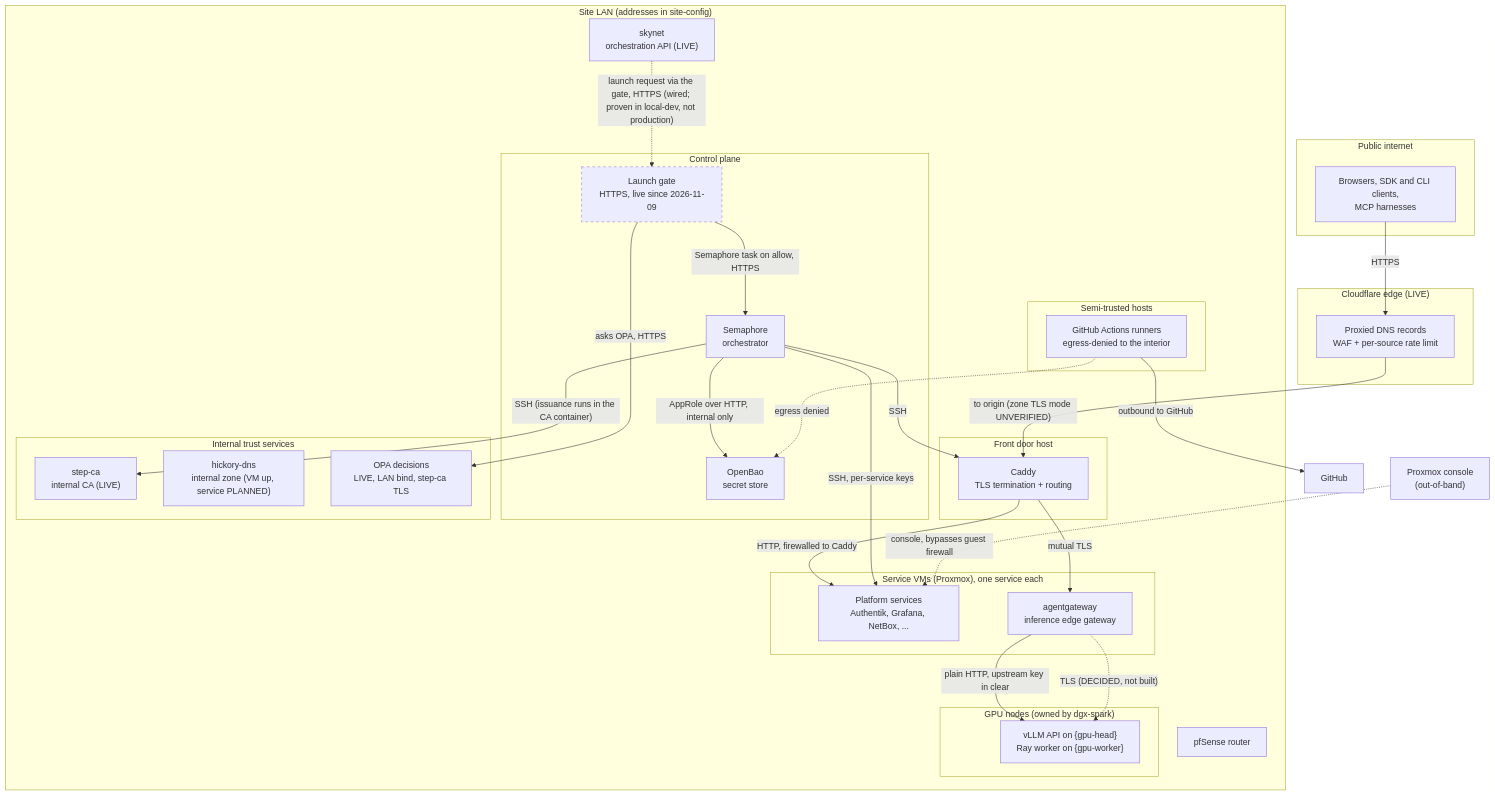
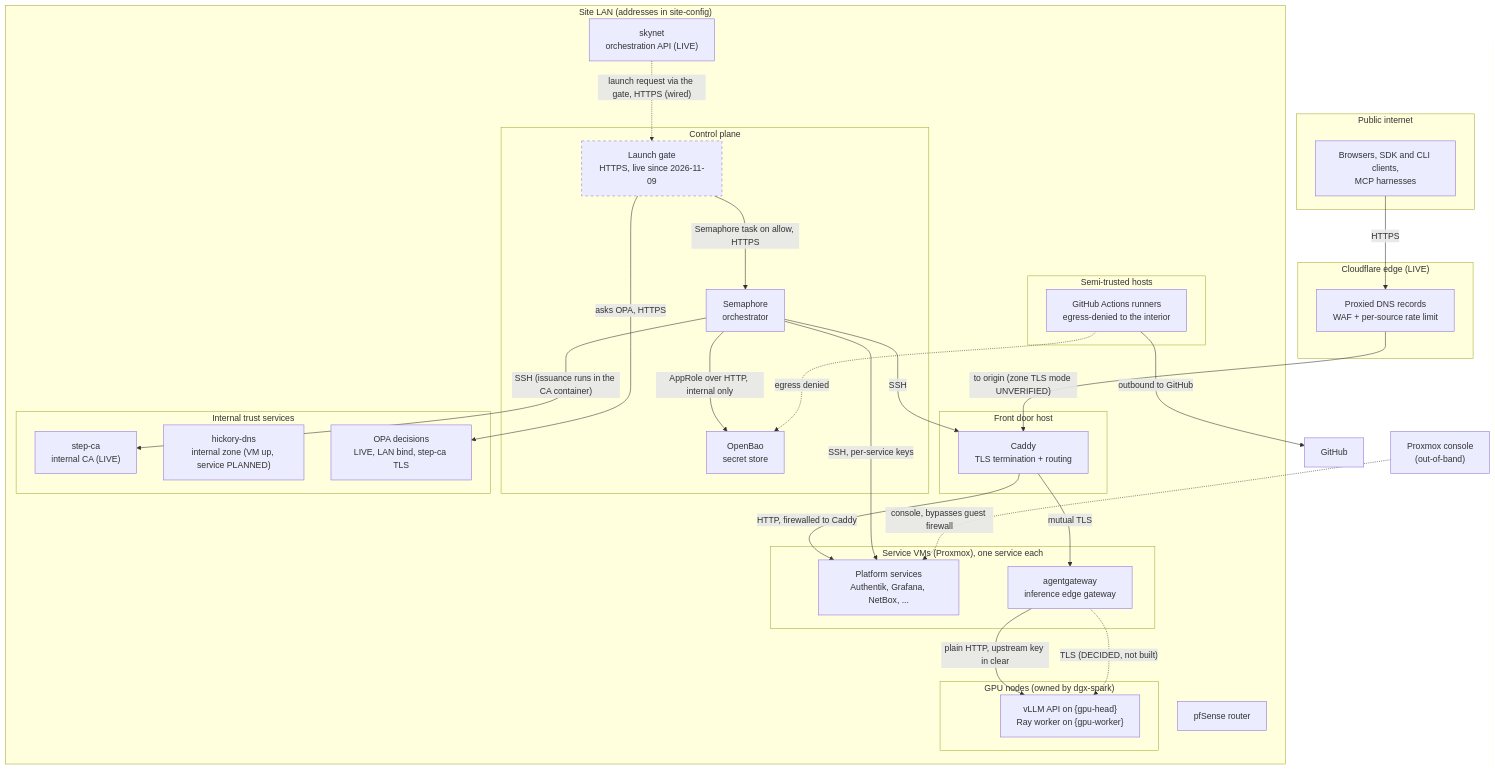
Before and after one commit to uhstray-io/agent-cloud: the first of 14 diagrams in plan/architecture/network-architecture.md, drawn with Mermaid. The commit also changed other lines of this file and 5 other files, not shown here.

Commit message:
docs(launch-gate): simplify round 1 on the 4.4 docs: one status phrase, its own spec requirement for the local branch rule

````diff
--- a/plan/architecture/network-architecture.md
+++ b/plan/architecture/network-architecture.md
@@ -87,59 +87,59 @@
 ```mermaid
 flowchart TB
     subgraph PUB["Public internet"]
         CLIENT["Browsers, SDK and CLI clients,<br/>MCP harnesses"]
     end
 
     subgraph EDGE["Cloudflare edge (LIVE)"]
         CF["Proxied DNS records<br/>WAF + per-source rate limit"]
     end
 
     subgraph LAN["Site LAN (addresses in site-config)"]
         subgraph FRONT["Front door host"]
             CADDY["Caddy<br/>TLS termination + routing"]
         end
         subgraph SVC["Service VMs (Proxmox), one service each"]
             APPS["Platform services<br/>Authentik, Grafana, NetBox, ..."]
             AGW["agentgateway<br/>inference edge gateway"]
         end
         subgraph CTRL["Control plane"]
             SEM["Semaphore<br/>orchestrator"]
             BAO["OpenBao<br/>secret store"]
             LG["Launch gate<br/>HTTPS, live since 2026-11-09"]
         end
         subgraph TRUST["Internal trust services"]
             CA["step-ca<br/>internal CA (LIVE)"]
             DNS["hickory-dns<br/>internal zone (VM up, service PLANNED)"]
             OPA["OPA decisions<br/>LIVE, LAN bind, step-ca TLS"]
         end
         subgraph GPU["GPU nodes (owned by dgx-spark)"]
             VLLM["vLLM API on {gpu-head}<br/>Ray worker on {gpu-worker}"]
         end
         subgraph SEMI["Semi-trusted hosts"]
             RUN["GitHub Actions runners<br/>egress-denied to the interior"]
         end
         SKY["skynet<br/>orchestration API (LIVE)"]
         PFS["pfSense router"]
     end
 
     PVE["Proxmox console<br/>(out-of-band)"]
 
     CLIENT -->|"HTTPS"| CF
     CF -->|"to origin (zone TLS mode UNVERIFIED)"| CADDY
     CADDY -->|"HTTP, firewalled to Caddy"| APPS
     CADDY -->|"mutual TLS"| AGW
     AGW -->|"plain HTTP, upstream key in clear"| VLLM
     AGW -. "TLS (DECIDED, not built)" .-> VLLM
     SEM -->|"SSH, per-service keys"| APPS
     SEM -->|"SSH"| CADDY
     LG -->|"Semaphore task on allow, HTTPS"| SEM
     LG -->|"asks OPA, HTTPS"| OPA
-    SKY -. "launch request via the gate, HTTPS (wired; proven in local-dev, not production)" .-> LG
+    SKY -. "launch request via the gate, HTTPS (wired)" .-> LG
     SEM -->|"AppRole over HTTP, internal only"| BAO
     SEM -->|"SSH (issuance runs in the CA container)"| CA
     GH["GitHub"]
     RUN -->|"outbound to GitHub"| GH
     RUN -. "egress denied" .-> BAO
     PVE -. "console, bypasses guest firewall" .-> APPS
     style LG stroke-dasharray: 5 5
 ```
````
